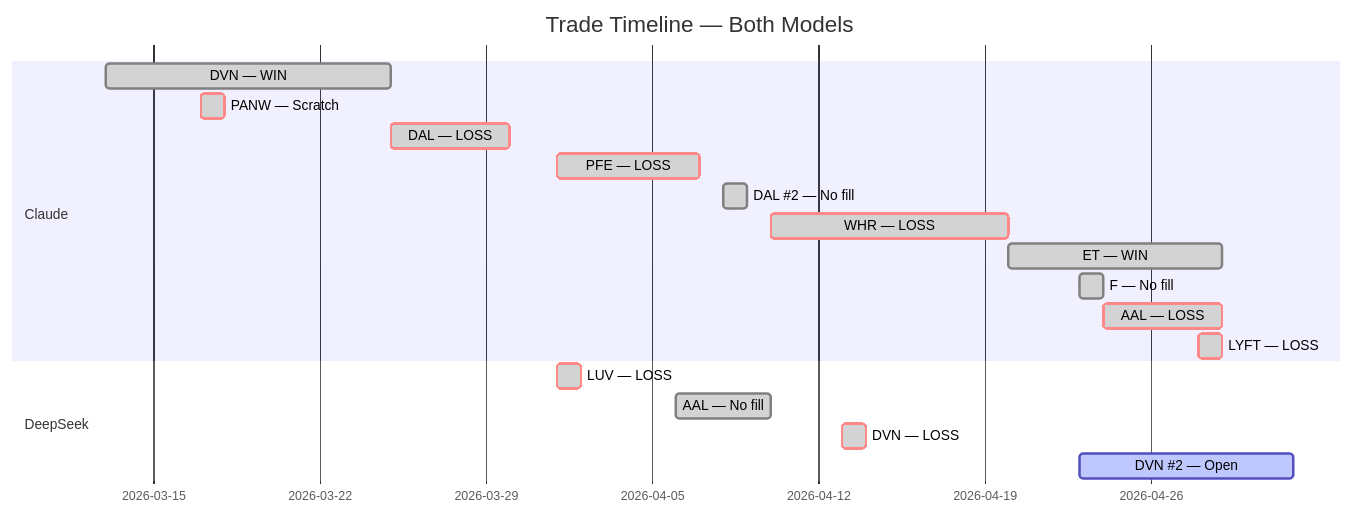
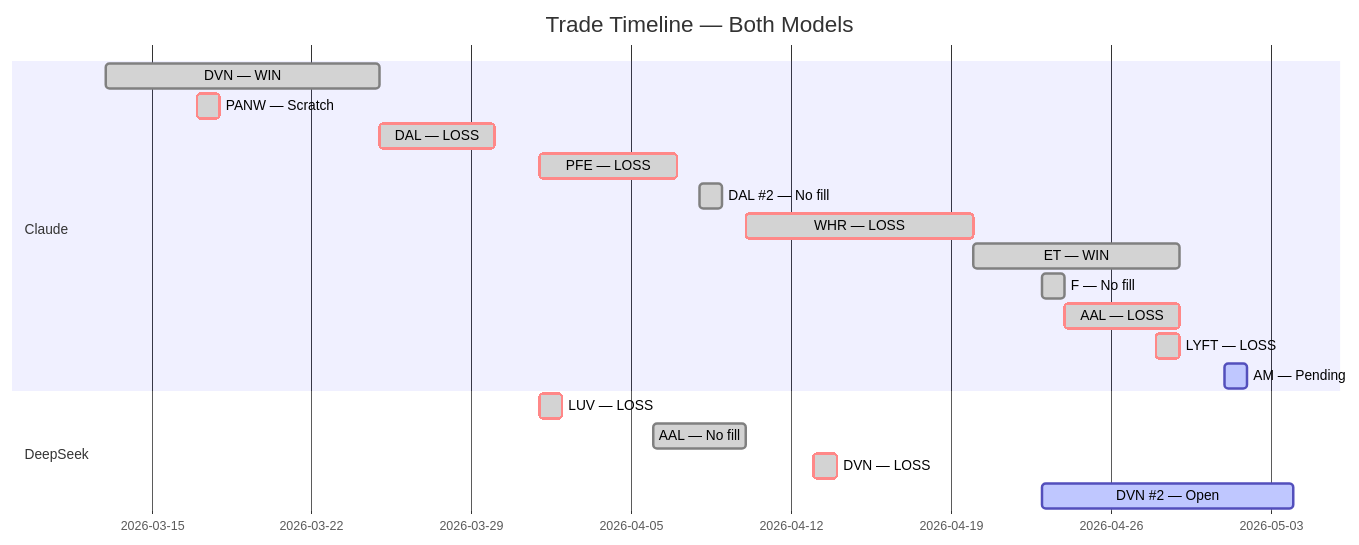
The fifth of 5 diagrams in README.md (zachisit/ai-auto-buy-thesis), drawn with Mermaid before and after one commit. The commit also changed other lines of this file and 2 other files, not shown here.

First line of the commit message:
Add 05-01 sessions; update README with AM buy stop pending, DeepSeek DVN-002 day 7 HOLD

````diff
--- a/README.md
+++ b/README.md
@@ -62,21 +62,22 @@
 ```mermaid
 gantt
     title Trade Timeline — Both Models
     dateFormat YYYY-MM-DD
     section Claude
     DVN — WIN            :done,    2026-03-13, 2026-03-25
     PANW — Scratch       :crit, done, 2026-03-17, 2026-03-18
     DAL — LOSS           :crit, done, 2026-03-25, 2026-03-30
     PFE — LOSS           :crit, done, 2026-04-01, 2026-04-07
     DAL #2 — No fill     :done,    2026-04-08, 2026-04-09
     WHR — LOSS           :crit, done, 2026-04-10, 2026-04-20
     ET — WIN             :done,    2026-04-20, 2026-04-29
     F — No fill          :done,    2026-04-23, 2026-04-24
     AAL — LOSS           :crit, done, 2026-04-24, 2026-04-29
     LYFT — LOSS          :crit, done, 2026-04-28, 2026-04-29
+    AM — Pending         :active,  2026-05-01, 2026-05-02
     section DeepSeek
     LUV — LOSS           :crit, done, 2026-04-01, 2026-04-02
     AAL — No fill        :done,    2026-04-06, 2026-04-10
     DVN — LOSS           :crit, done, 2026-04-13, 2026-04-14
-    DVN #2 — Open        :active,  2026-04-23, 2026-05-02
+    DVN #2 — Open        :active,  2026-04-23, 2026-05-04
 ```
````
